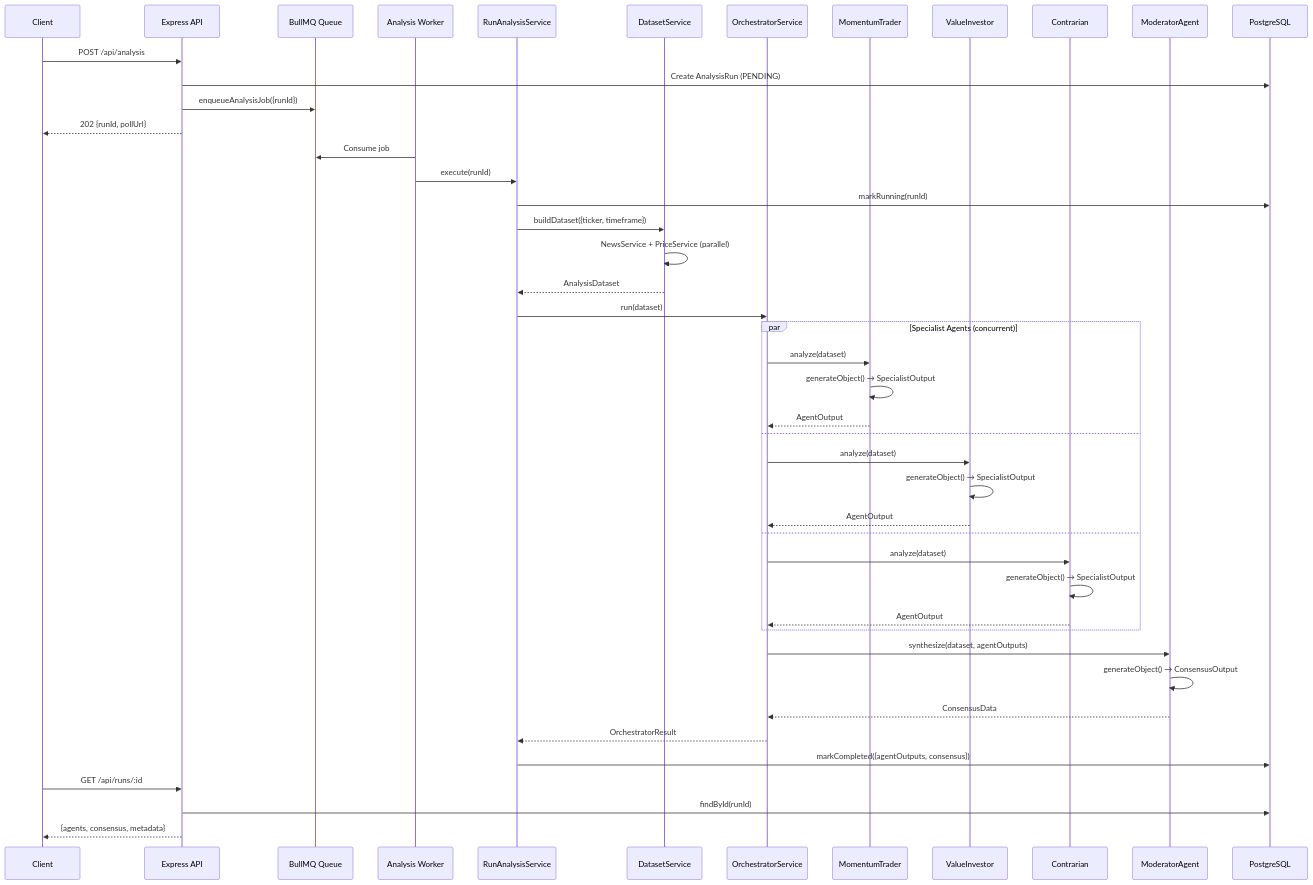
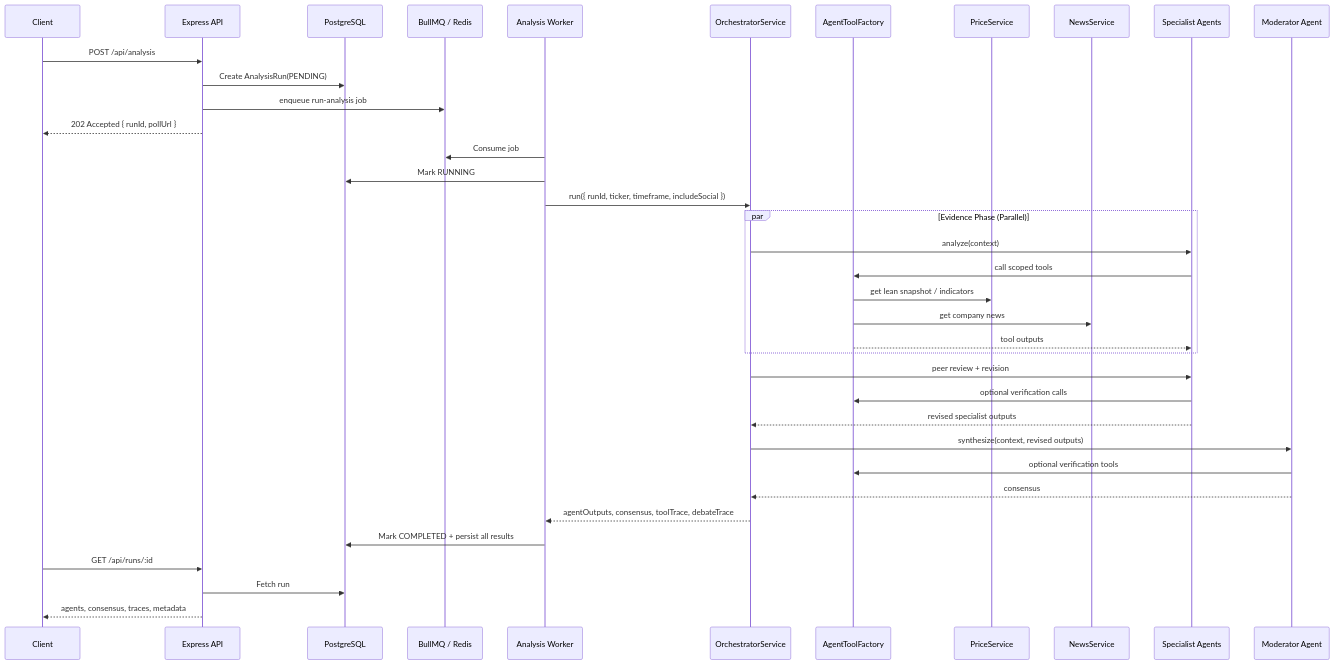
One commit to Ravi8043/orchestration_agents changed the first of 4 diagrams in README.md. Above: the diagram before and after it, drawn with Mermaid. The commit also changed other lines of this file, not shown here.

Commit message:
docs(readme): document agentic market analysis backend

````diff
--- a/README.md
+++ b/README.md
@@ -25,54 +80,46 @@
 ```mermaid
 sequenceDiagram
     participant Client
     participant API as Express API
-    participant Queue as BullMQ Queue
+    participant DB as PostgreSQL
+    participant Queue as BullMQ / Redis
     participant Worker as Analysis Worker
-    participant RAS as RunAnalysisService
-    participant DS as DatasetService
     participant Orch as OrchestratorService
-    participant MT as MomentumTrader
-    participant VI as ValueInvestor
-    participant CA as Contrarian
-    participant Mod as ModeratorAgent
-    participant DB as PostgreSQL
+    participant Tools as AgentToolFactory
+    participant Price as PriceService
+    participant News as NewsService
+    participant Agents as Specialist Agents
+    participant Mod as Moderator Agent
 
     Client->>API: POST /api/analysis
-    API->>DB: Create AnalysisRun (PENDING)
-    API->>Queue: enqueueAnalysisJob({runId})
-    API-->>Client: 202 {runId, pollUrl}
+    API->>DB: Create AnalysisRun(PENDING)
+    API->>Queue: enqueue run-analysis job
+    API-->>Client: 202 Accepted { runId, pollUrl }
 
     Worker->>Queue: Consume job
-    Worker->>RAS: execute(runId)
-    RAS->>DB: markRunning(runId)
-    RAS->>DS: buildDataset({ticker, timeframe})
-    DS->>DS: NewsService + PriceService (parallel)
-    DS-->>RAS: AnalysisDataset
+    Worker->>DB: Mark RUNNING
+    Worker->>Orch: run({ runId, ticker, timeframe, includeSocial })
 
-    RAS->>Orch: run(dataset)
-    
-    par Specialist Agents (concurrent)
-        Orch->>MT: analyze(dataset)
-        MT->>MT: generateObject() → SpecialistOutput
-        MT-->>Orch: AgentOutput
-    and
-        Orch->>VI: analyze(dataset)
-        VI->>VI: generateObject() → SpecialistOutput
-        VI-->>Orch: AgentOutput
-    and
-        Orch->>CA: analyze(dataset)
-        CA->>CA: generateObject() → SpecialistOutput
-        CA-->>Orch: AgentOutput
+    par Evidence Phase (Parallel)
+        Orch->>Agents: analyze(context)
+        Agents->>Tools: call scoped tools
+        Tools->>Price: get lean snapshot / indicators
+        Tools->>News: get company news
+        Tools-->>Agents: tool outputs
     end
 
-    Orch->>Mod: synthesize(dataset, agentOutputs)
-    Mod->>Mod: generateObject() → ConsensusOutput
-    Mod-->>Orch: ConsensusData
-    Orch-->>RAS: OrchestratorResult
+    Orch->>Agents: peer review + revision
+    Agents->>Tools: optional verification calls
+    Agents-->>Orch: revised specialist outputs
 
-    RAS->>DB: markCompleted({agentOutputs, consensus})
+    Orch->>Mod: synthesize(context, revised outputs)
+    Mod->>Tools: optional verification tools
+    Mod-->>Orch: consensus
+
+    Orch-->>Worker: agentOutputs, consensus, toolTrace, debateTrace
+    Worker->>DB: Mark COMPLETED + persist all results
 
     Client->>API: GET /api/runs/:id
-    API->>DB: findById(runId)
-    API-->>Client: {agents, consensus, metadata}
+    API->>DB: Fetch run
+    API-->>Client: agents, consensus, traces, metadata
 ```
````
